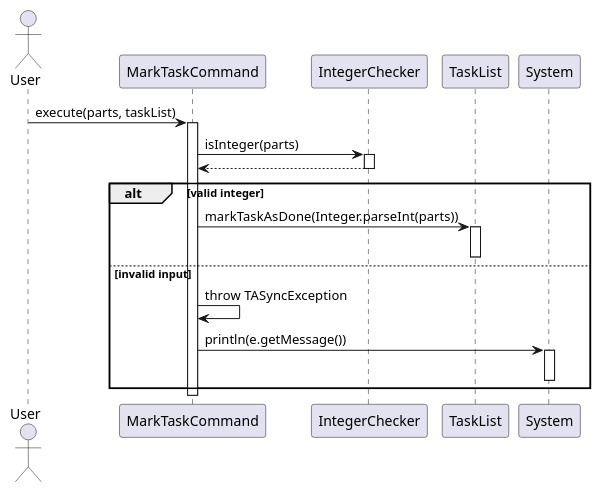
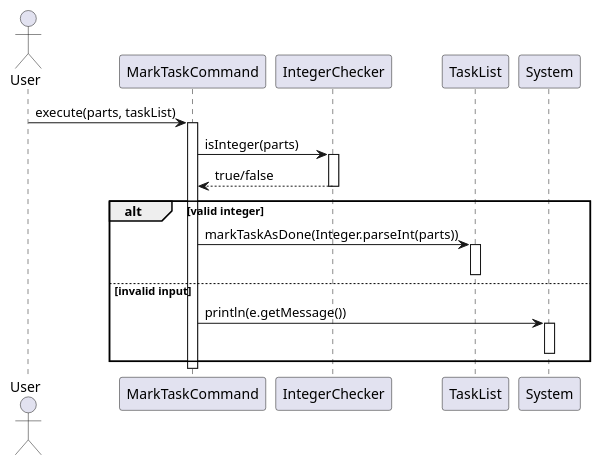
One commit to wongyihao02/tp changed the diagram in docs/diagrams/tasklistcommands/MarkTaskCommandSequenceDiagram.puml. Above: the diagram before and after it, drawn with PlantUML. The commit also changed 17 other files, not shown here.

Commit message:
Edit errors in task commands sequence diagrams

```diff
--- a/docs/diagrams/tasklistcommands/MarkTaskCommandSequenceDiagram.puml
+++ b/docs/diagrams/tasklistcommands/MarkTaskCommandSequenceDiagram.puml
@@ -1,31 +1,30 @@
 @startuml
 'https://plantuml.com/sequence-diagram
 
 actor User
 
 participant "MarkTaskCommand" as MarkCmd
 participant "IntegerChecker" as Checker
 participant "TaskList" as TaskList
 participant "System" as Console
 
 User -> MarkCmd : execute(parts, taskList)
 activate MarkCmd
 
 MarkCmd -> Checker : isInteger(parts)
 activate Checker
-Checker --> MarkCmd
+Checker --> MarkCmd : true/false
 deactivate Checker
 
 alt valid integer
     MarkCmd -> TaskList : markTaskAsDone(Integer.parseInt(parts))
     activate TaskList
     deactivate TaskList
 else invalid input
-    MarkCmd -> MarkCmd : throw TASyncException
     MarkCmd -> Console : println(e.getMessage())
     activate Console
     deactivate Console
 end
 
 deactivate MarkCmd
 @enduml
```
